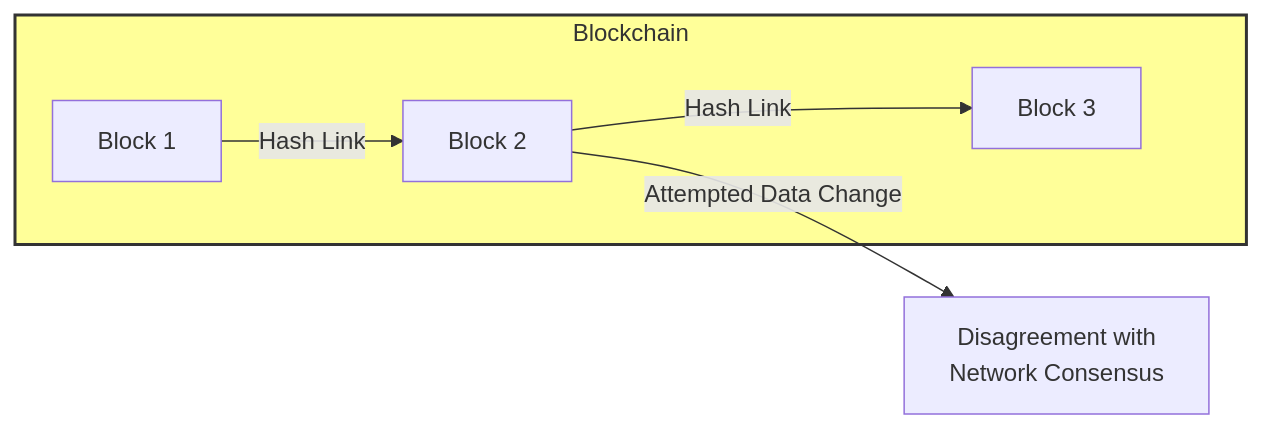
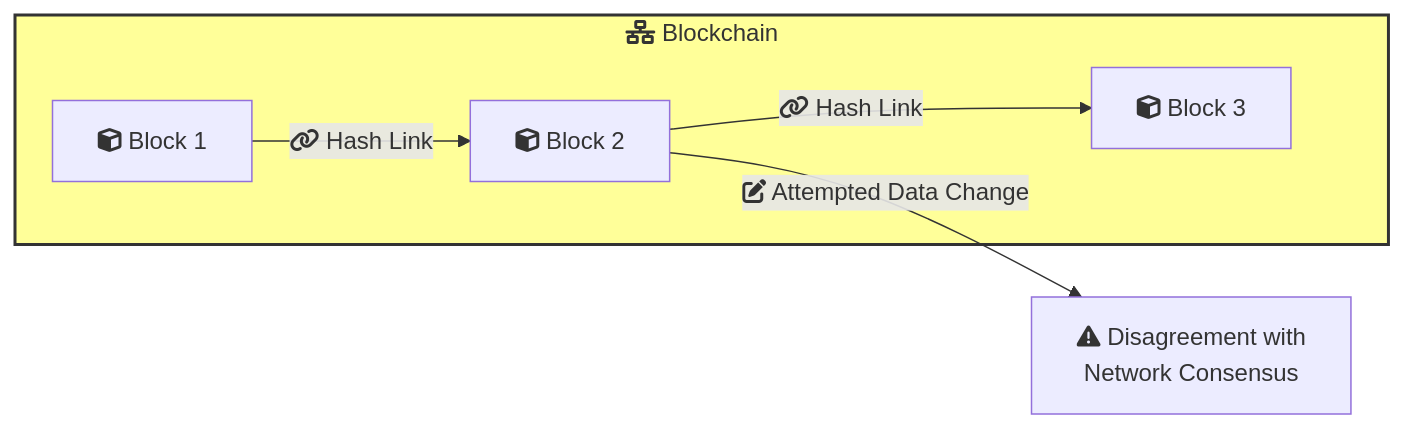
The fourth of 22 diagrams in _posts/2024-07-06-blockchain-for-dummies.md (kelvin-bz/blog), drawn with Mermaid before and after one commit. The commit also changed other lines of this file, not shown here.

````diff
--- a/_posts/2024-07-06-blockchain-for-dummies.md
+++ b/_posts/2024-07-06-blockchain-for-dummies.md
@@ -131,15 +133,18 @@
 ```mermaid
 graph LR
-    subgraph Blockchain["Blockchain"]
+    classDef blockchain fill:#ff9,stroke:#333,stroke-width:2px;
+    
+    subgraph Blockchain["fa:fa-network-wired Blockchain"]
         style Blockchain fill:#ff9,stroke:#333,stroke-width:2px
-        Block1["Block 1"]
-        Block2["Block 2"]
-        Block3["Block 3"]
+        Block1["fa:fa-cube Block 1"]
+        Block2["fa:fa-cube Block 2"]
+        Block3["fa:fa-cube Block 3"]
 
-        Block1 --> |"Hash Link"| Block2
-        Block2 --> |"Hash Link"| Block3
+        Block1 --> |"fa:fa-link Hash Link"| Block2
+        Block2 --> |"fa:fa-link Hash Link"| Block3
     end
 
-    Block2 -- "Attempted Data Change" -->  Disagreement["Disagreement with\nNetwork Consensus"]
+    Block2 -- "fa:fa-edit Attempted Data Change" --> Disagreement["fa:fa-exclamation-triangle Disagreement with\nNetwork Consensus"]
+
 
 ```
````
